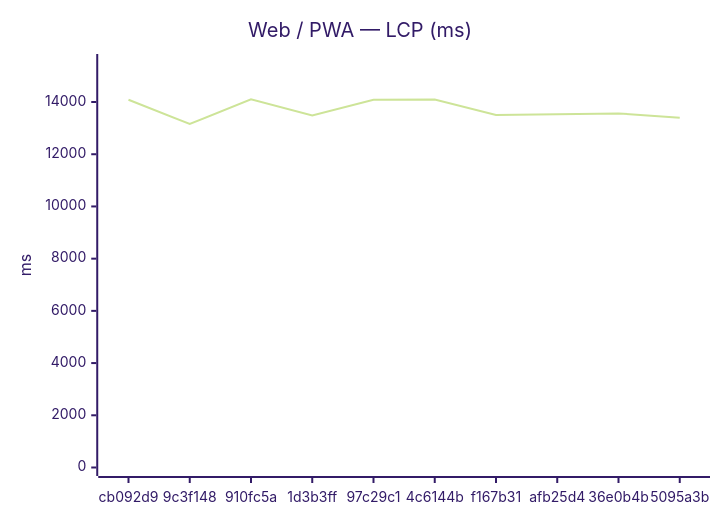
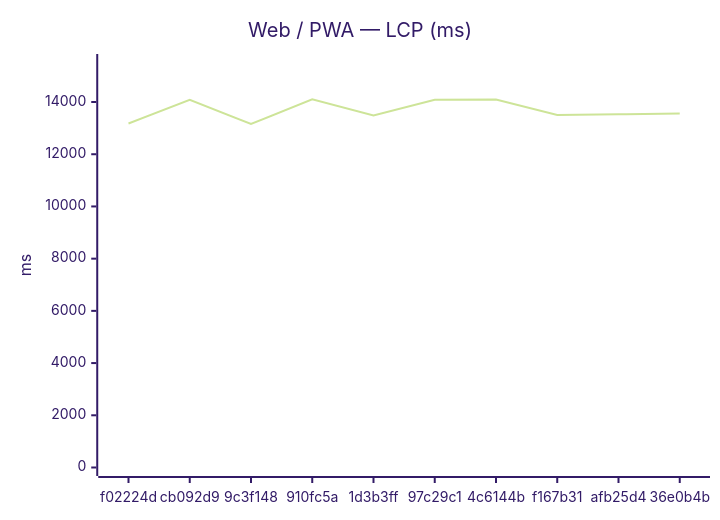
The first of 18 diagrams in benchmarks/compare.md (Metaheurist/Rianell), drawn with Mermaid (forest theme) before and after one commit. The commit also changed other lines of this file and 11 other files, not shown here.

````diff
--- a/benchmarks/compare.md
+++ b/benchmarks/compare.md
@@ -24,7 +24,7 @@
 ```mermaid
 xychart-beta
     title "Web / PWA — LCP (ms)"
-    x-axis ["cb092d9", "9c3f148", "910fc5a", "1d3b3ff", "97c29c1", "4c6144b", "f167b31", "afb25d4", "36e0b4b", "5095a3b"]
+    x-axis ["f02224d", "cb092d9", "9c3f148", "910fc5a", "1d3b3ff", "97c29c1", "4c6144b", "f167b31", "afb25d4", "36e0b4b"]
     y-axis "ms" 0 --> 15514
-    line [14089, 13157, 14103, 13484, 14084, 14094, 13501, 13531, 13563, 13394]
+    line [13178, 14089, 13157, 14103, 13484, 14084, 14094, 13501, 13531, 13563]
 ```
````
